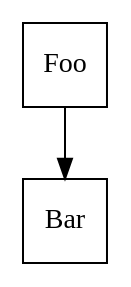
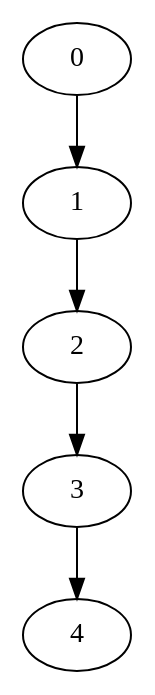
The diagram in src/instructor/lectures/lecture_24.dot (kevinsullivan/cs2120f22), drawn with Graphviz before and after one commit.

Commit message:
Add initial graphic to discuss ordering relations

```diff
--- a/src/instructor/lectures/lecture_24.dot
+++ b/src/instructor/lectures/lecture_24.dot
@@ -1,6 +1,12 @@
 digraph G {
-    splines="FALSE";
-    node1 [label="Foo",shape="square"]
-    node2 [label="Bar",shape="square"]
-    node1 -> node2
+    n0 [label="0"]
+    n1 [label="1"]
+    n2 [label="2"]
+    n3 [label="3"]
+    n4 [label="4"]
+
+    n0 -> n1
+    n1 -> n2
+    n2 -> n3
+    n3 -> n4
 }
```
